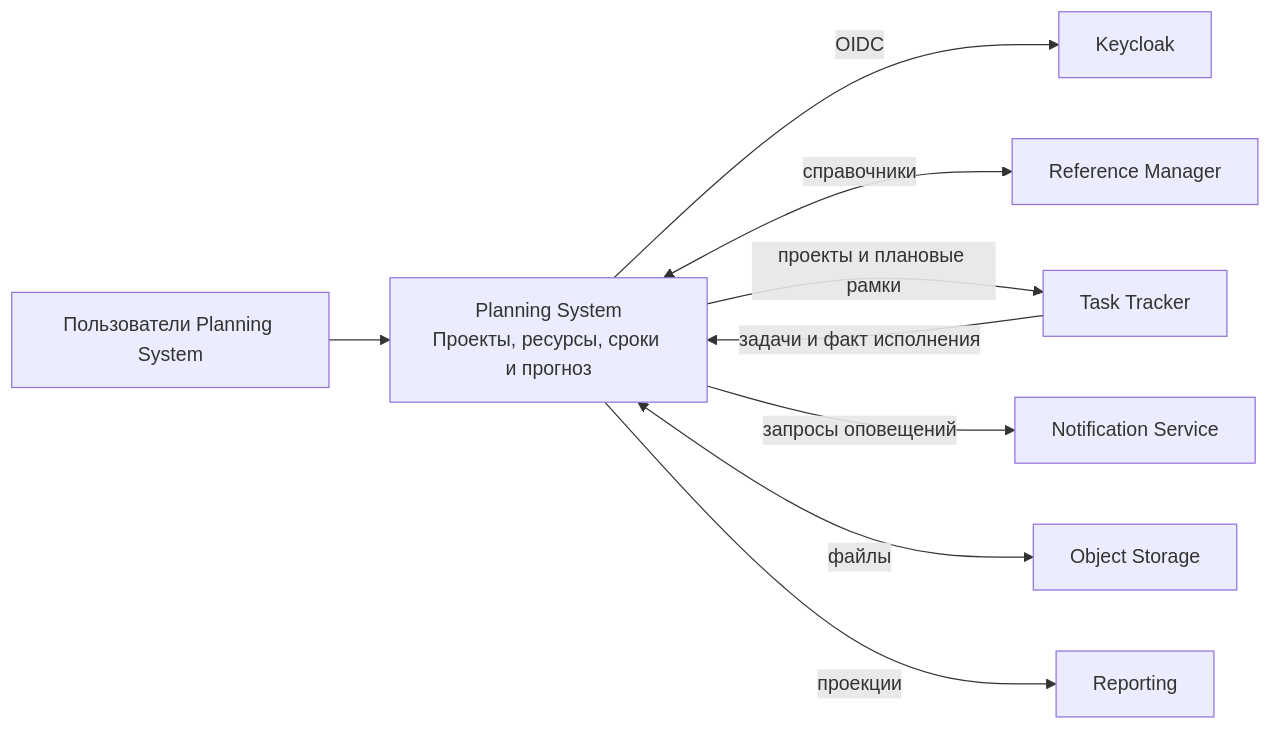
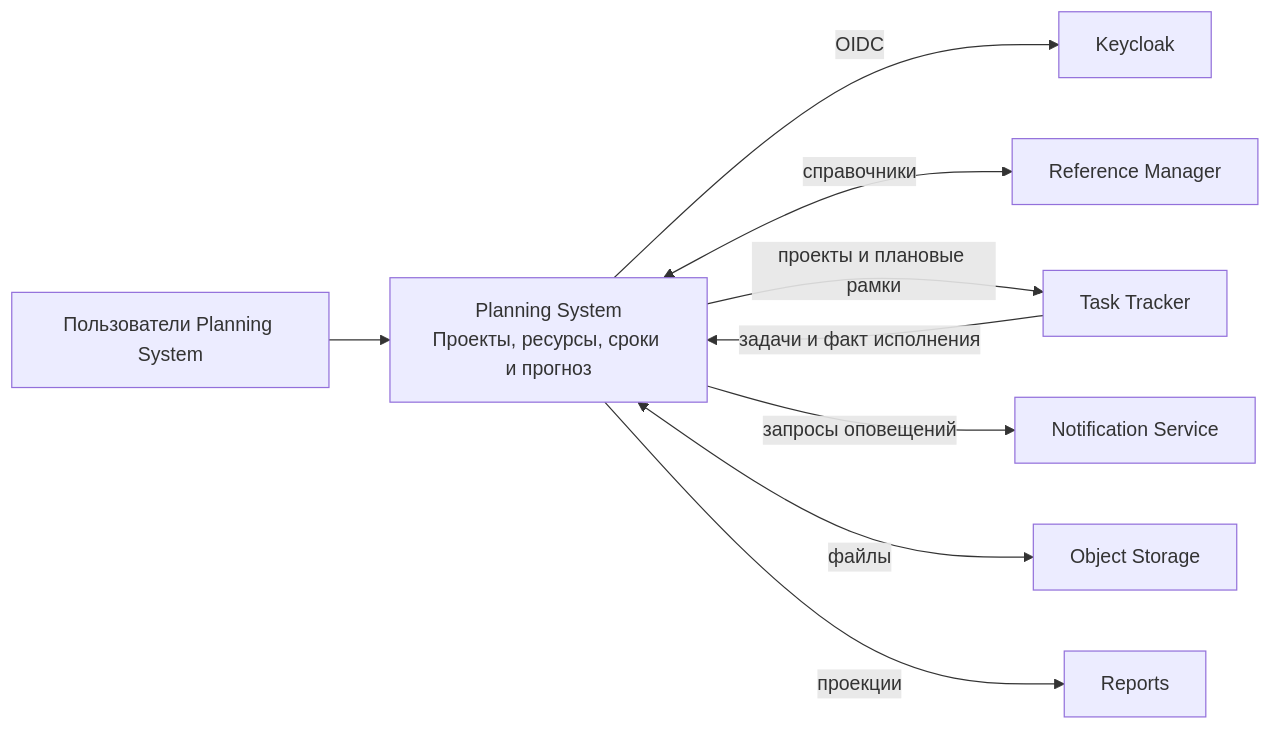
One commit to MEPhI-C22-501/arch-info-system-monorepo changed the diagram in planning-system/docs/diagrams/01-c4-context.mmd. Above: the diagram before and after it, drawn with Mermaid. The commit also changed 111 other files, not shown here.

```diff
--- a/planning-system/docs/diagrams/01-c4-context.mmd
+++ b/planning-system/docs/diagrams/01-c4-context.mmd
@@ -1,9 +1,9 @@
 flowchart LR
   user["Пользователи Planning System"] --> ps["Planning System<br/>Проекты, ресурсы, сроки и прогноз"]
   ps -->|"OIDC"| kc["Keycloak"]
   ps <-->|"справочники"| ref["Reference Manager"]
   ps -->|"проекты и плановые рамки"| tt["Task Tracker"]
   tt -->|"задачи и факт исполнения"| ps
   ps -->|"запросы оповещений"| ns["Notification Service"]
   ps <-->|"файлы"| os["Object Storage"]
-  ps -->|"проекции"| rpt["Reporting"]
+  ps -->|"проекции"| rpt["Reports"]
```
